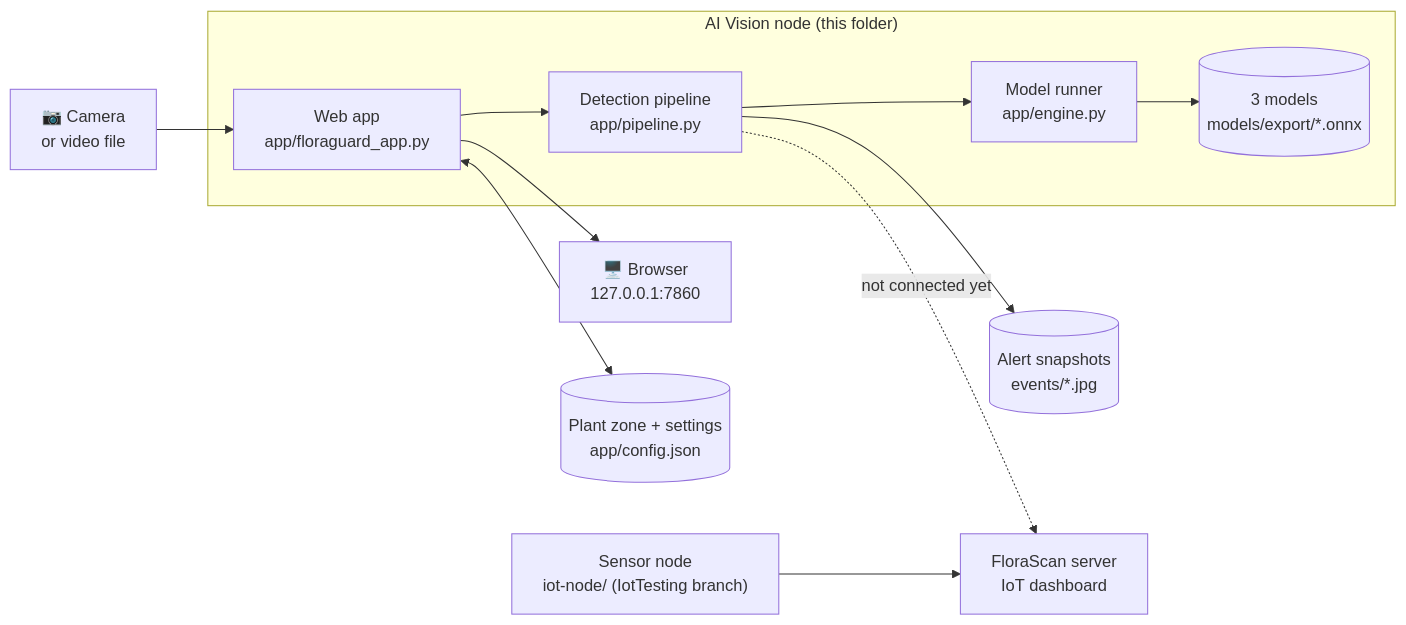
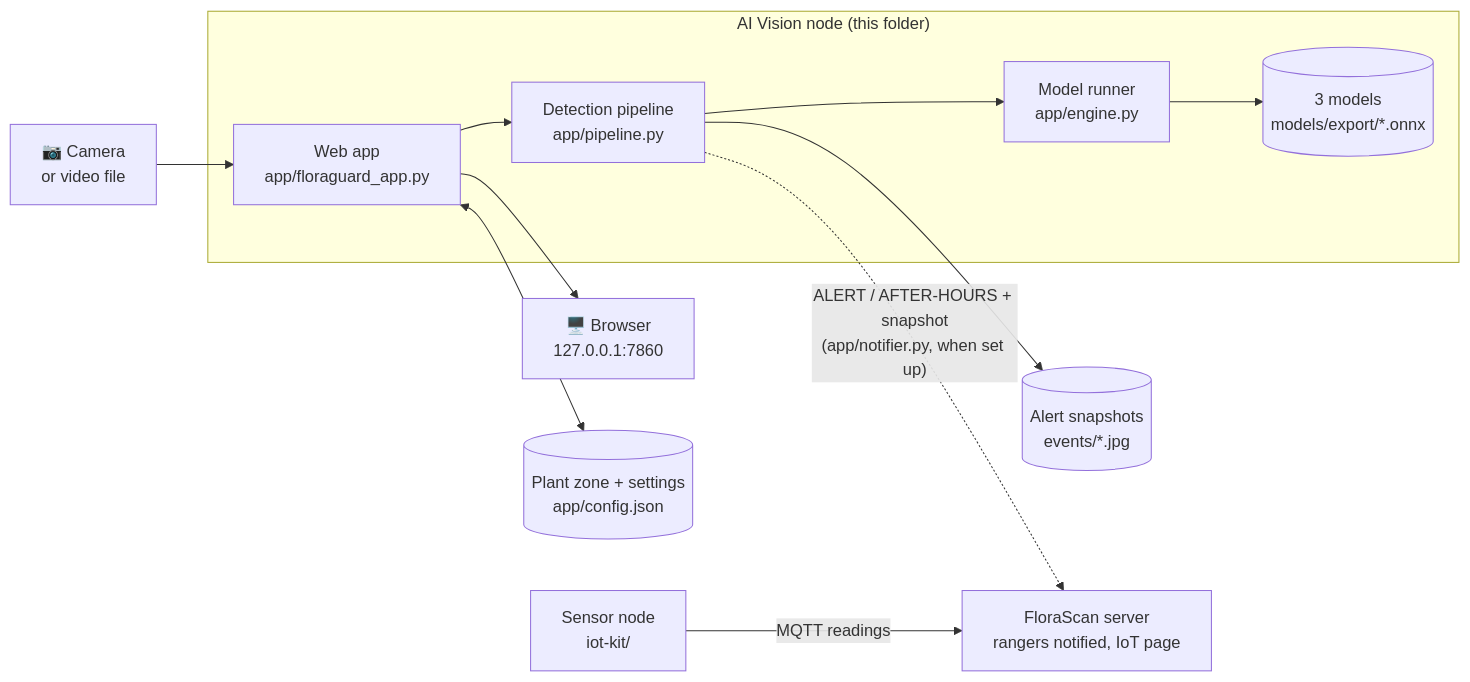
Before and after one commit to NyChieng/Innovation-Private-Proto: the first of 6 diagrams in ai-vision-node/README.md, drawn with Mermaid. The commit also changed other lines of this file and 9 other files, not shown here.

````diff
--- a/ai-vision-node/README.md
+++ b/ai-vision-node/README.md
@@ -27,17 +29,17 @@
 ```mermaid
 flowchart LR
     CAM["📷 Camera<br/>or video file"] --> APP
 
     subgraph NODE["AI Vision node (this folder)"]
         APP["Web app<br/>app/floraguard_app.py"] --> PIPE["Detection pipeline<br/>app/pipeline.py"]
         PIPE --> ENG["Model runner<br/>app/engine.py"]
         ENG --> MODELS[("3 models<br/>models/export/*.onnx")]
     end
 
     APP --> UI["🖥️ Browser<br/>127.0.0.1:7860"]
     PIPE --> SNAP[("Alert snapshots<br/>events/*.jpg")]
     APP <--> CFG[("Plant zone + settings<br/>app/config.json")]
 
-    PIPE -. "not connected yet" .-> SERVER["FloraScan server<br/>IoT dashboard"]
-    SENSOR["Sensor node<br/>iot-node/ (IotTesting branch)"] --> SERVER
+    PIPE -. "ALERT / AFTER-HOURS + snapshot<br/>(app/notifier.py, when set up)" .-> SERVER["FloraScan server<br/>rangers notified, IoT page"]
+    SENSOR["Sensor node<br/>iot-kit/"] -- "MQTT readings" --> SERVER
 ```
````
